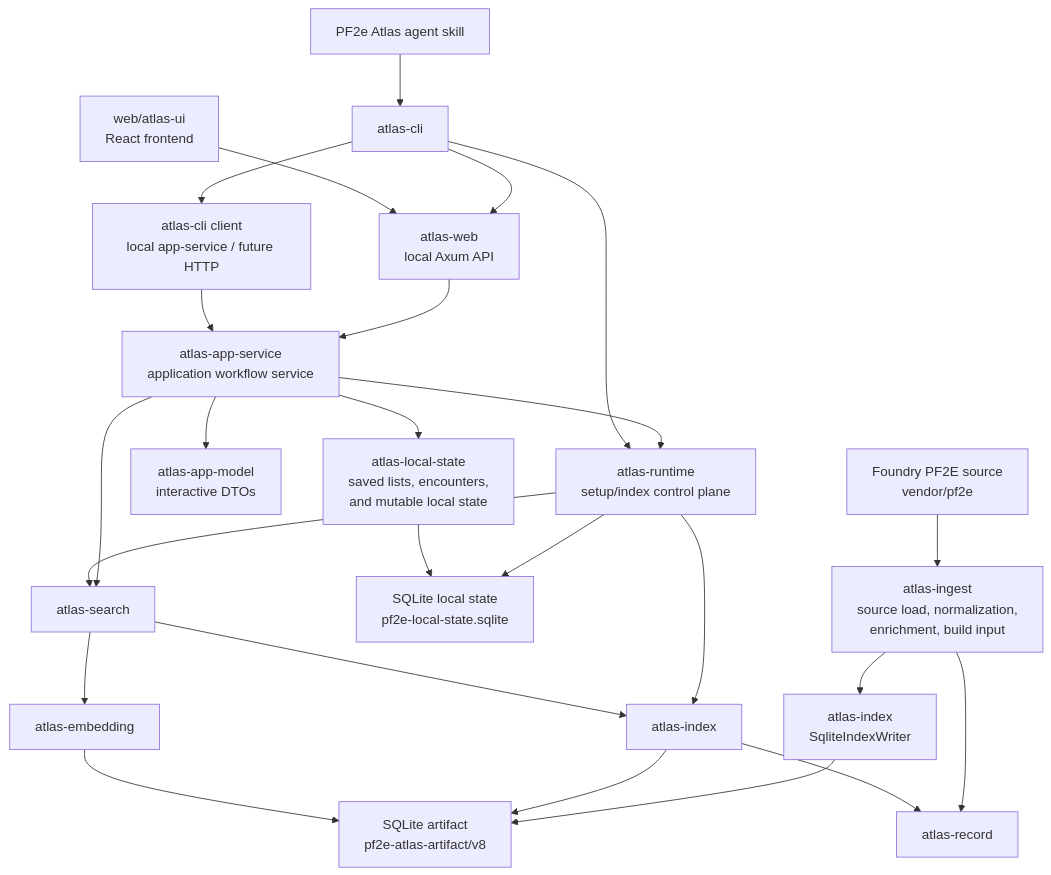
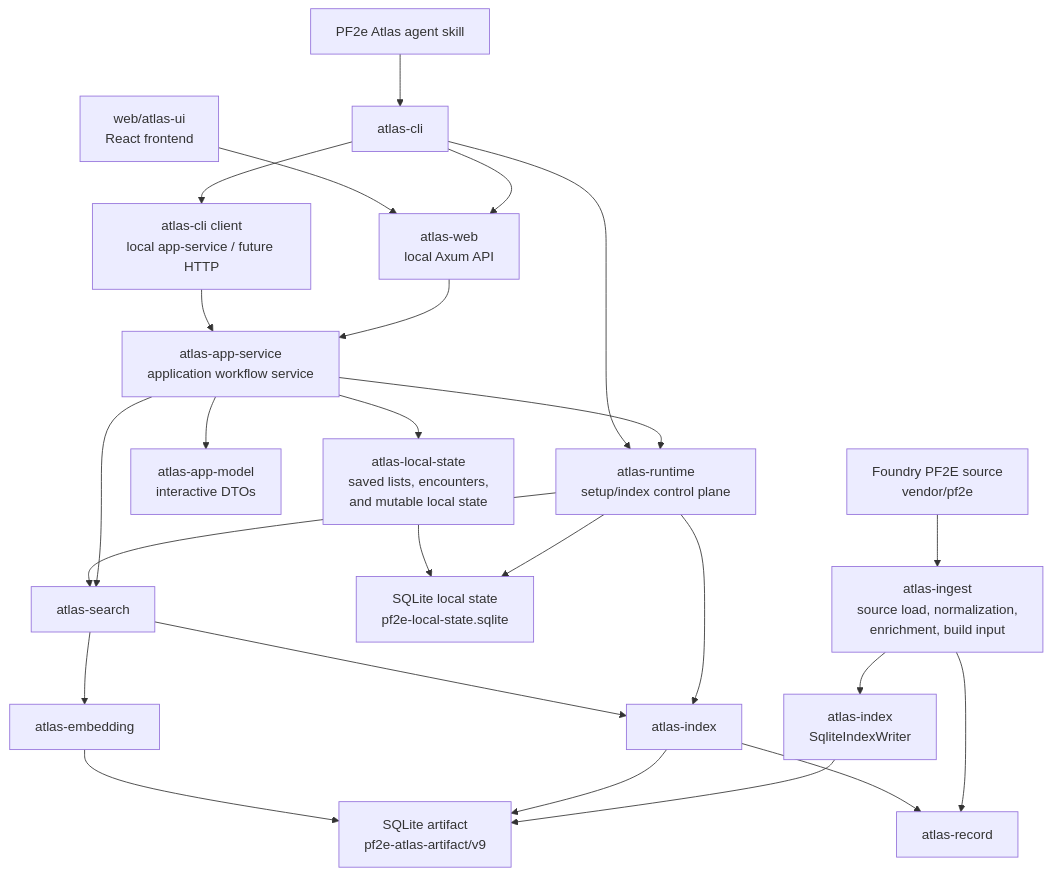
The diagram in docs/architecture/overview.md (e-kosten/pf2e-atlas), drawn with Mermaid before and after one commit. The commit also changed other lines of this file and 139 other files, not shown here.

````diff
--- a/docs/architecture/overview.md
+++ b/docs/architecture/overview.md
@@ -70,29 +70,29 @@
 ```mermaid
 flowchart TD
     pf2e["Foundry PF2E source<br/>vendor/pf2e"] --> ingest["atlas-ingest<br/>source load, normalization,<br/>enrichment, build input"]
     ingest --> indexWriter["atlas-index<br/>SqliteIndexWriter"]
-    indexWriter --> artifactDb["SQLite artifact<br/>pf2e-atlas-artifact/v8"]
+    indexWriter --> artifactDb["SQLite artifact<br/>pf2e-atlas-artifact/v9"]
     localStateDb["SQLite local state<br/>pf2e-local-state.sqlite"]
 
     skill["PF2e Atlas agent skill"] --> cli["atlas-cli"]
     cli --> web["atlas-web<br/>local Axum API"]
     browser["web/atlas-ui<br/>React frontend"] --> web
     web --> appService["atlas-app-service<br/>application workflow service"]
     appService --> appModel["atlas-app-model<br/>interactive DTOs"]
     appService --> runtime
     appService --> search
     appService --> localState["atlas-local-state<br/>saved lists, encounters,<br/>and mutable local state"]
     cli --> cliClient["atlas-cli client<br/>local app-service / future HTTP"]
     cliClient --> appService
     cli --> runtime["atlas-runtime<br/>setup/index control plane"]
     runtime --> search["atlas-search"]
     runtime --> index["atlas-index"]
     runtime --> localStateDb
     localState --> localStateDb
     search --> index
     search --> embedding["atlas-embedding"]
     index --> artifactDb
     embedding --> artifactDb
     ingest --> record["atlas-record"]
     index --> record
 ```
````
